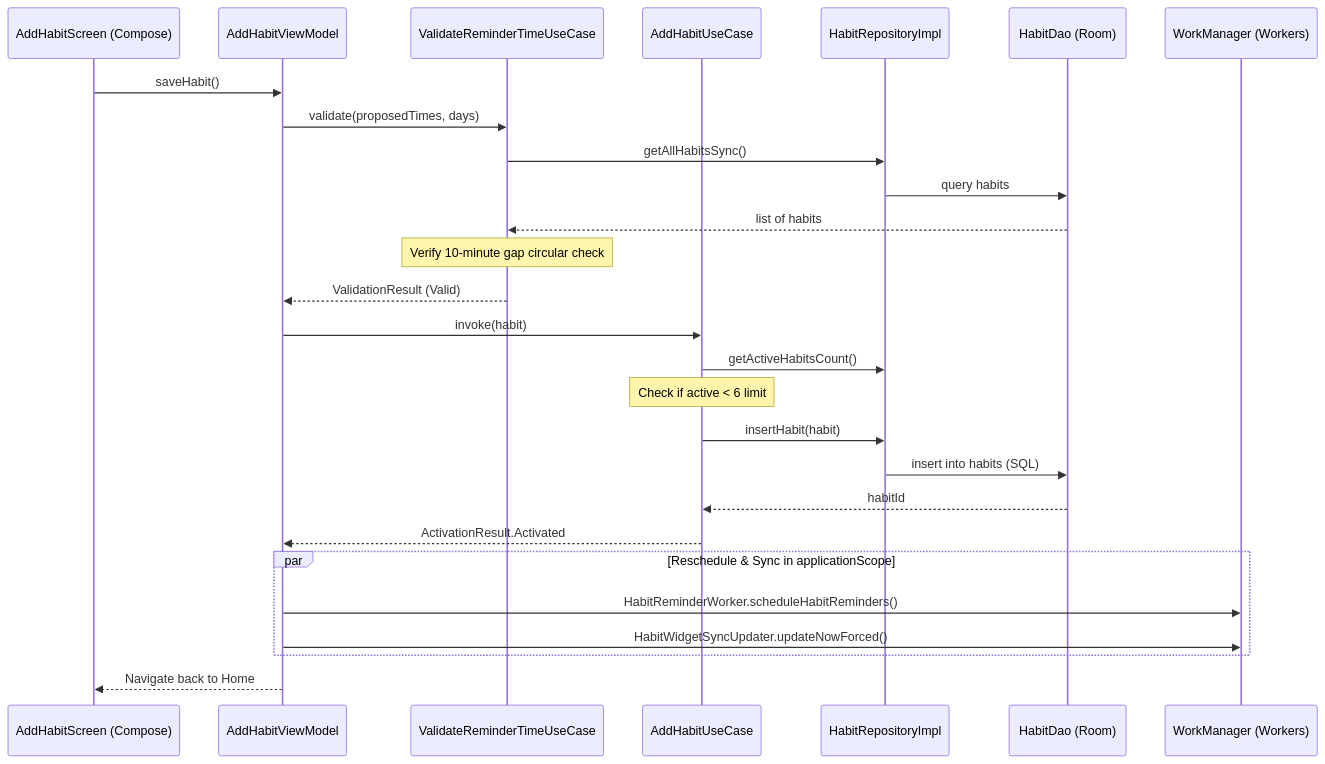
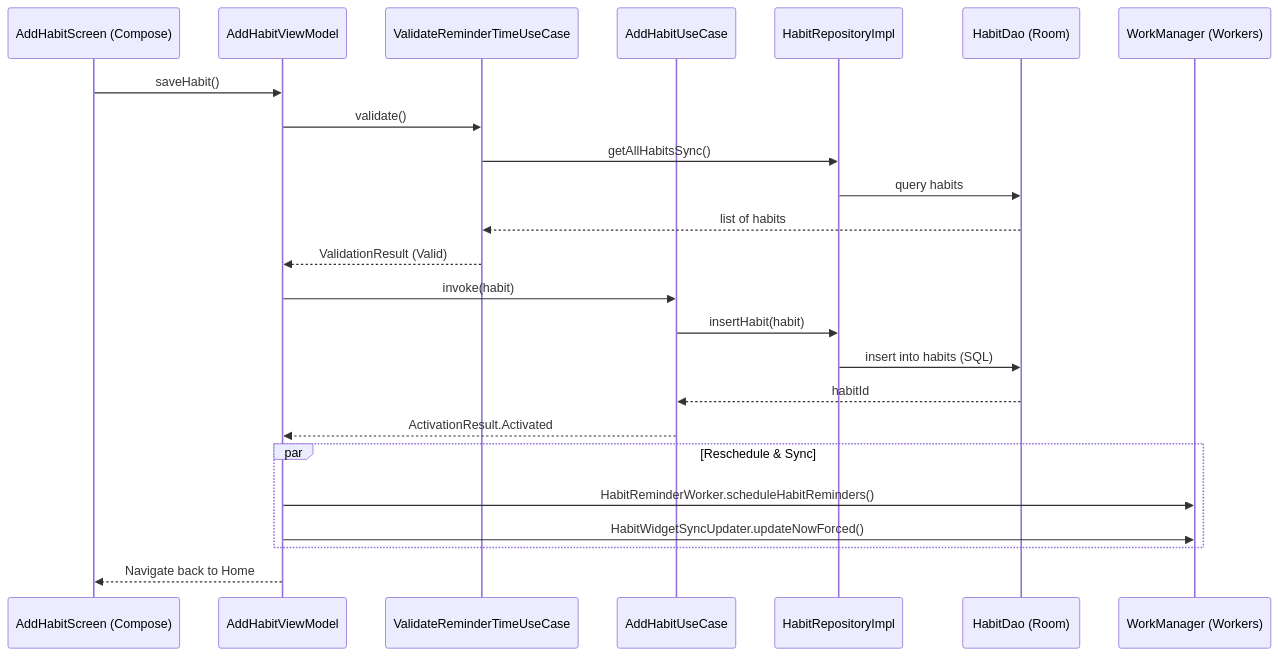
One commit to MOHAMED020EGY01/HabitFlow changed the first of 2 diagrams in PROJECT_ANALYSIS/06_DATA_FLOW.md. Above: the diagram before and after it, drawn with Mermaid. The commit also changed other lines of this file and 273 other files, not shown here.

````diff
--- a/PROJECT_ANALYSIS/06_DATA_FLOW.md
+++ b/PROJECT_ANALYSIS/06_DATA_FLOW.md
@@ -15,33 +13,30 @@
 ```mermaid
 sequenceDiagram
     participant UI as AddHabitScreen (Compose)
     participant VM as AddHabitViewModel
     participant UC_Val as ValidateReminderTimeUseCase
     participant UC_Add as AddHabitUseCase
     participant Repo as HabitRepositoryImpl
     participant DB as HabitDao (Room)
     participant WM as WorkManager (Workers)
 
     UI->>VM: saveHabit()
-    VM->>UC_Val: validate(proposedTimes, days)
+    VM->>UC_Val: validate()
     UC_Val->>Repo: getAllHabitsSync()
     Repo->>DB: query habits
     DB-->>UC_Val: list of habits
-    Note over UC_Val: Verify 10-minute gap circular check
     UC_Val-->>VM: ValidationResult (Valid)
     
     VM->>UC_Add: invoke(habit)
-    UC_Add->>Repo: getActiveHabitsCount()
-    Note over UC_Add: Check if active < 6 limit
     UC_Add->>Repo: insertHabit(habit)
     Repo->>DB: insert into habits (SQL)
     DB-->>UC_Add: habitId
     UC_Add-->>VM: ActivationResult.Activated
     
-    par Reschedule & Sync in applicationScope
+    par Reschedule & Sync
         VM->>WM: HabitReminderWorker.scheduleHabitReminders()
         VM->>WM: HabitWidgetSyncUpdater.updateNowForced()
     end
     
     VM-->>UI: Navigate back to Home
 ```
````
